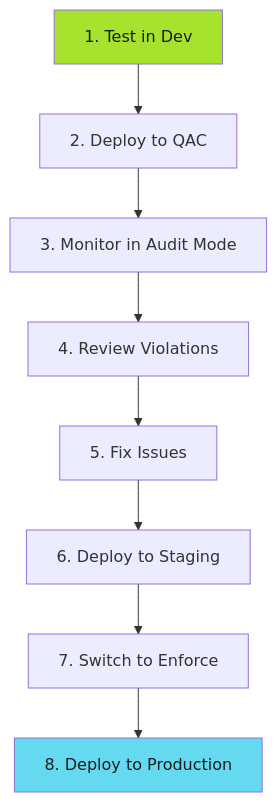
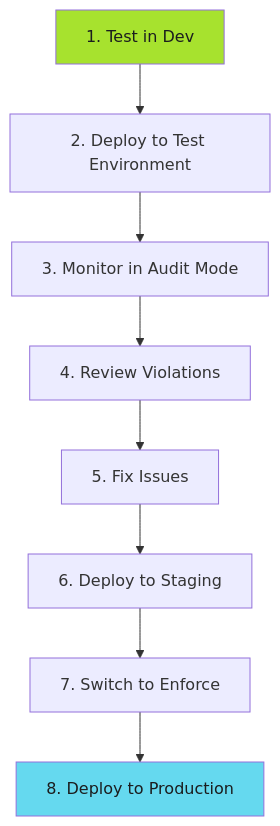
The diagram in docs/enforce/policy-as-code/operations/workflows.md (adaptive-enforcement-lab/adaptive-enforcement-lab-com), drawn with Mermaid before and after one commit. The commit also changed other lines of this file and 13 other files, not shown here.

First line of the commit message:
docs: rename qac environment to qa (#374)

````diff
--- a/docs/enforce/policy-as-code/operations/workflows.md
+++ b/docs/enforce/policy-as-code/operations/workflows.md
@@ -16,15 +16,15 @@
 ```mermaid
 graph TD
-    DEV[1. Test in Dev] --> QAC[2. Deploy to QAC]
-    QAC --> AUDIT[3. Monitor in Audit Mode]
+    DEV[1. Test in Dev] --> QA[2. Deploy to Test Environment]
+    QA --> AUDIT[3. Monitor in Audit Mode]
     AUDIT --> VALIDATE[4. Review Violations]
     VALIDATE --> FIX[5. Fix Issues]
     FIX --> STG[6. Deploy to Staging]
     STG --> ENFORCE[7. Switch to Enforce]
     ENFORCE --> PRD[8. Deploy to Production]
 
     %% Ghostty Hardcore Theme
     style DEV fill:#a7e22e,color:#1b1d1e
     style PRD fill:#65d9ef,color:#1b1d1e
 
 ```
````
